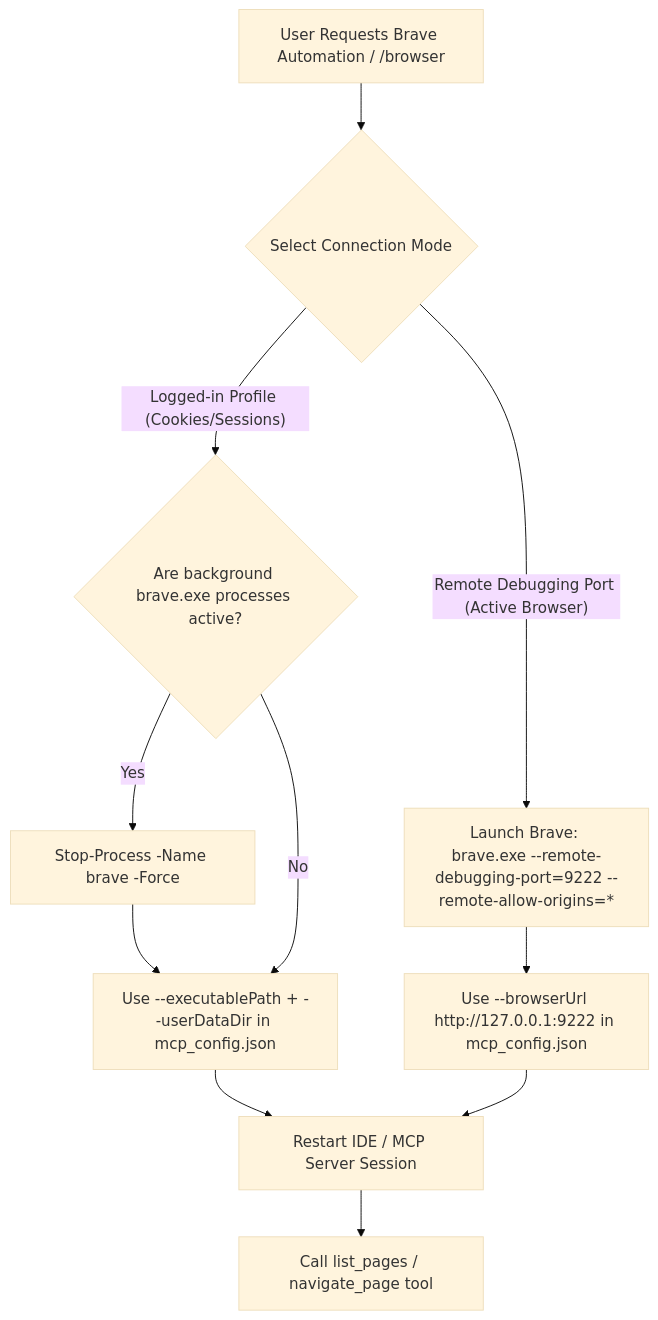
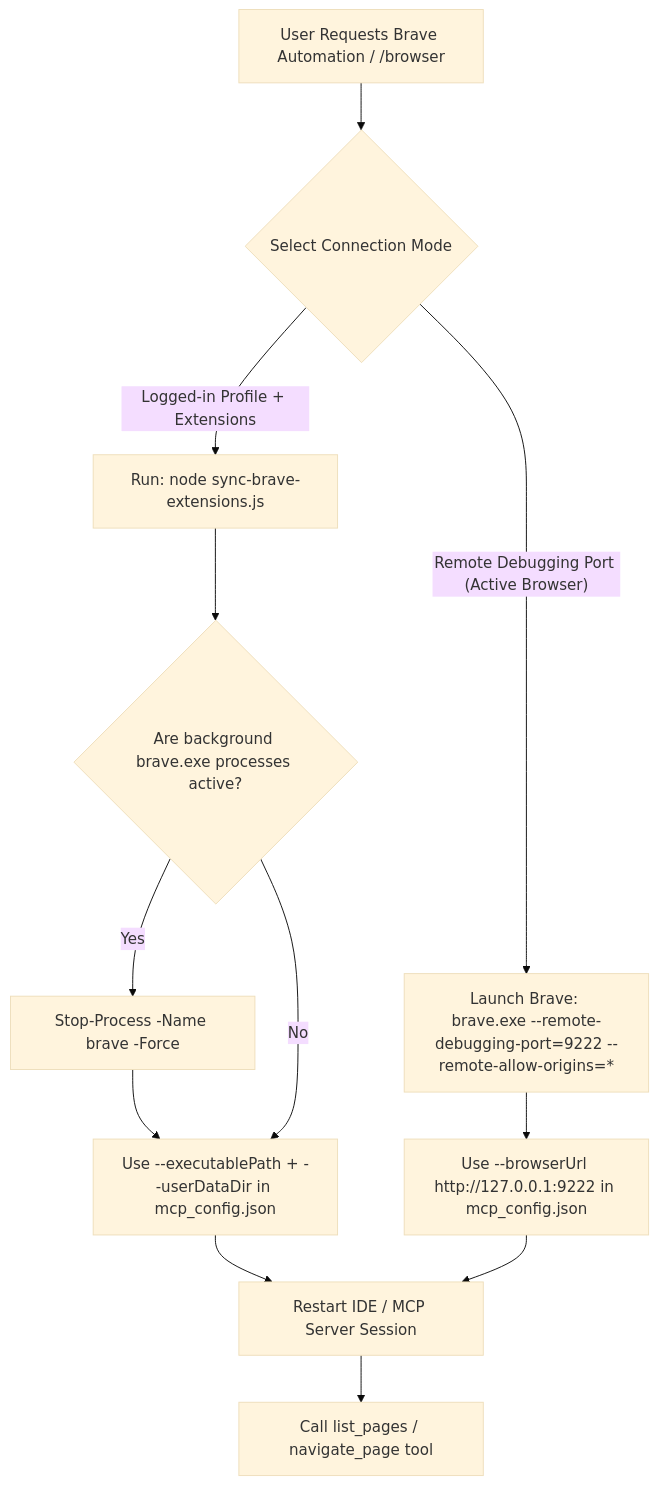
One commit to loerei/myskills changed the diagram in productivity/brave-browsing/SKILL.md. Above: the diagram before and after it, drawn with Mermaid (base theme). The commit also changed other lines of this file and 1 other file, not shown here.

Commit message:
feat(brave-browsing): add sync-brave-extensions.js helper script for auto-extension loading

````diff
--- a/productivity/brave-browsing/SKILL.md
+++ b/productivity/brave-browsing/SKILL.md
@@ -34,16 +42,17 @@
 ```mermaid
 flowchart TD
     Start["User Requests Brave Automation / /browser"] --> Strategy{"Select Connection Mode"}
     
-    Strategy -->|"Logged-in Profile (Cookies/Sessions)"| CheckBraveRunning{"Are background brave.exe processes active?"}
+    Strategy -->|"Logged-in Profile + Extensions"| SyncExt["Run: node sync-brave-extensions.js"]
+    SyncExt --> CheckBraveRunning{"Are background brave.exe processes active?"}
     CheckBraveRunning -->|"Yes"| StopBrave["Stop-Process -Name brave -Force"]
     StopBrave --> LaunchExecPath["Use --executablePath + --userDataDir in mcp_config.json"]
     CheckBraveRunning -->|"No"| LaunchExecPath
     
     Strategy -->|"Remote Debugging Port (Active Browser)"| StartBravePort["Launch Brave: brave.exe --remote-debugging-port=9222 --remote-allow-origins=*"]
     StartBravePort --> ConnectPort["Use --browserUrl http://127.0.0.1:9222 in mcp_config.json"]
     
     LaunchExecPath --> RestartMCP["Restart IDE / MCP Server Session"]
     ConnectPort --> RestartMCP
     RestartMCP --> Verify["Call list_pages / navigate_page tool"]
 ```
````
